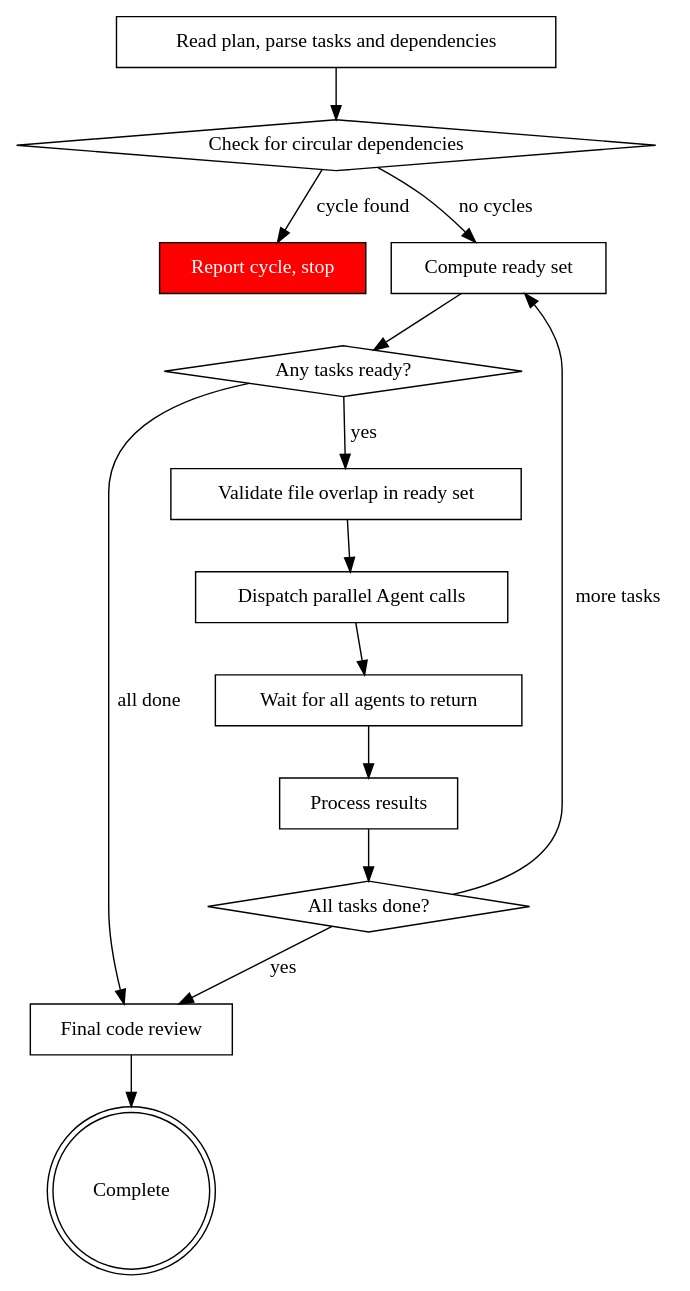
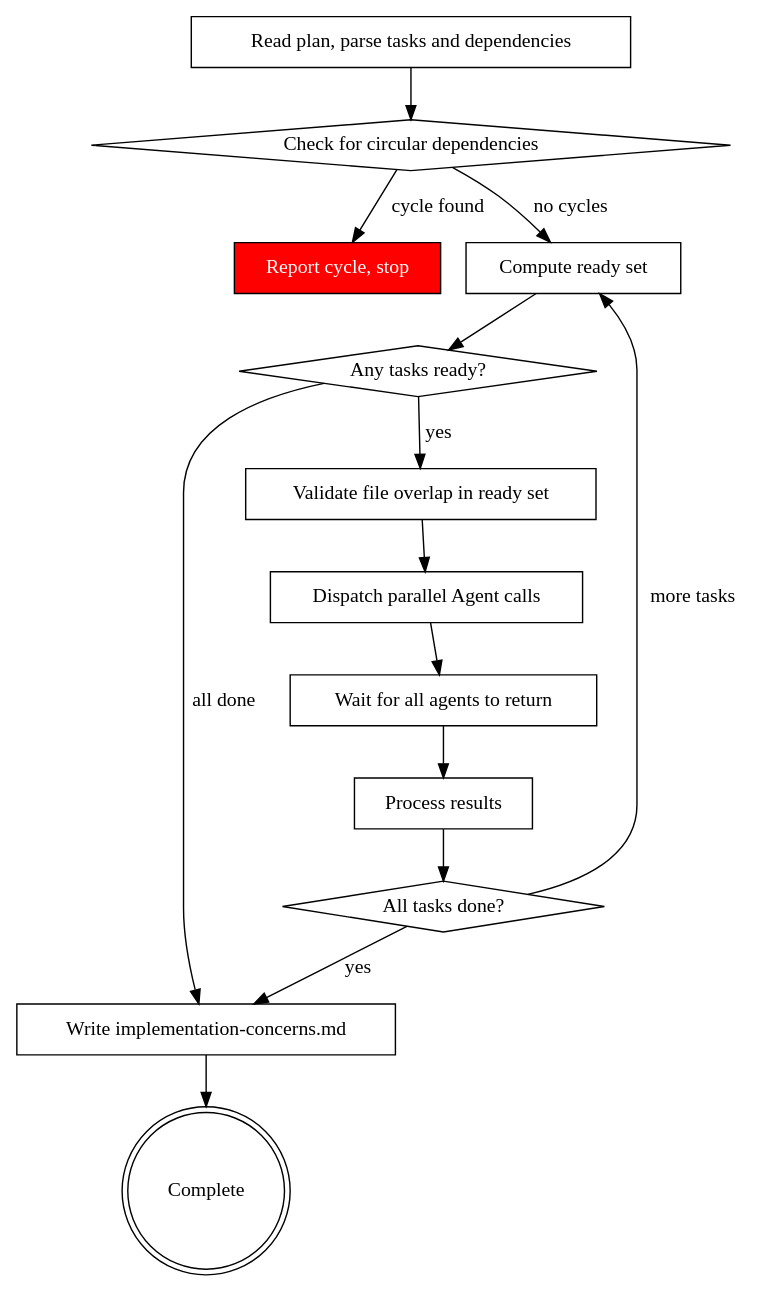
The diagram in skills/subagent-driven-development/SKILL.md (iclinic/afyapowers), drawn with Graphviz before and after one commit. The commit also changed other lines of this file, not shown here.

Commit message:
refactor(sdd): update description, graph, and core principle to remove per-task reviews

````diff
--- a/skills/subagent-driven-development/SKILL.md
+++ b/skills/subagent-driven-development/SKILL.md
@@ -14,32 +14,32 @@
 ```dot
 digraph process {
     rankdir=TB;
 
     "Read plan, parse tasks and dependencies" [shape=box];
     "Check for circular dependencies" [shape=diamond];
     "Report cycle, stop" [shape=box, style=filled, fillcolor=red, fontcolor=white];
     "Compute ready set" [shape=box];
     "Any tasks ready?" [shape=diamond];
     "Validate file overlap in ready set" [shape=box];
     "Dispatch parallel Agent calls" [shape=box];
     "Wait for all agents to return" [shape=box];
     "Process results" [shape=box];
     "All tasks done?" [shape=diamond];
-    "Final code review" [shape=box];
+    "Write implementation-concerns.md" [shape=box];
     "Complete" [shape=doublecircle];
 
     "Read plan, parse tasks and dependencies" -> "Check for circular dependencies";
     "Check for circular dependencies" -> "Report cycle, stop" [label="cycle found"];
     "Check for circular dependencies" -> "Compute ready set" [label="no cycles"];
     "Compute ready set" -> "Any tasks ready?";
-    "Any tasks ready?" -> "Final code review" [label="all done"];
+    "Any tasks ready?" -> "Write implementation-concerns.md" [label="all done"];
     "Any tasks ready?" -> "Validate file overlap in ready set" [label="yes"];
     "Validate file overlap in ready set" -> "Dispatch parallel Agent calls";
     "Dispatch parallel Agent calls" -> "Wait for all agents to return";
     "Wait for all agents to return" -> "Process results";
     "Process results" -> "All tasks done?";
     "All tasks done?" -> "Compute ready set" [label="more tasks"];
-    "All tasks done?" -> "Final code review" [label="yes"];
-    "Final code review" -> "Complete";
+    "All tasks done?" -> "Write implementation-concerns.md" [label="yes"];
+    "Write implementation-concerns.md" -> "Complete";
 }
 ```
````
